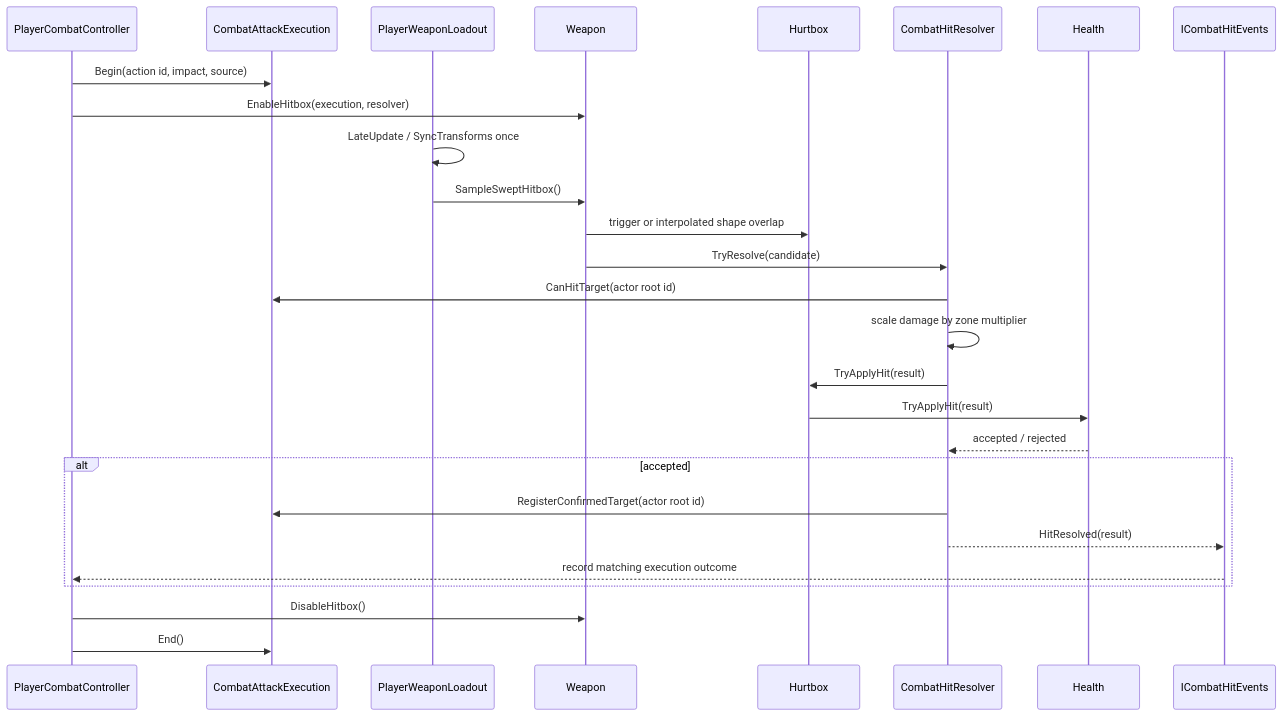
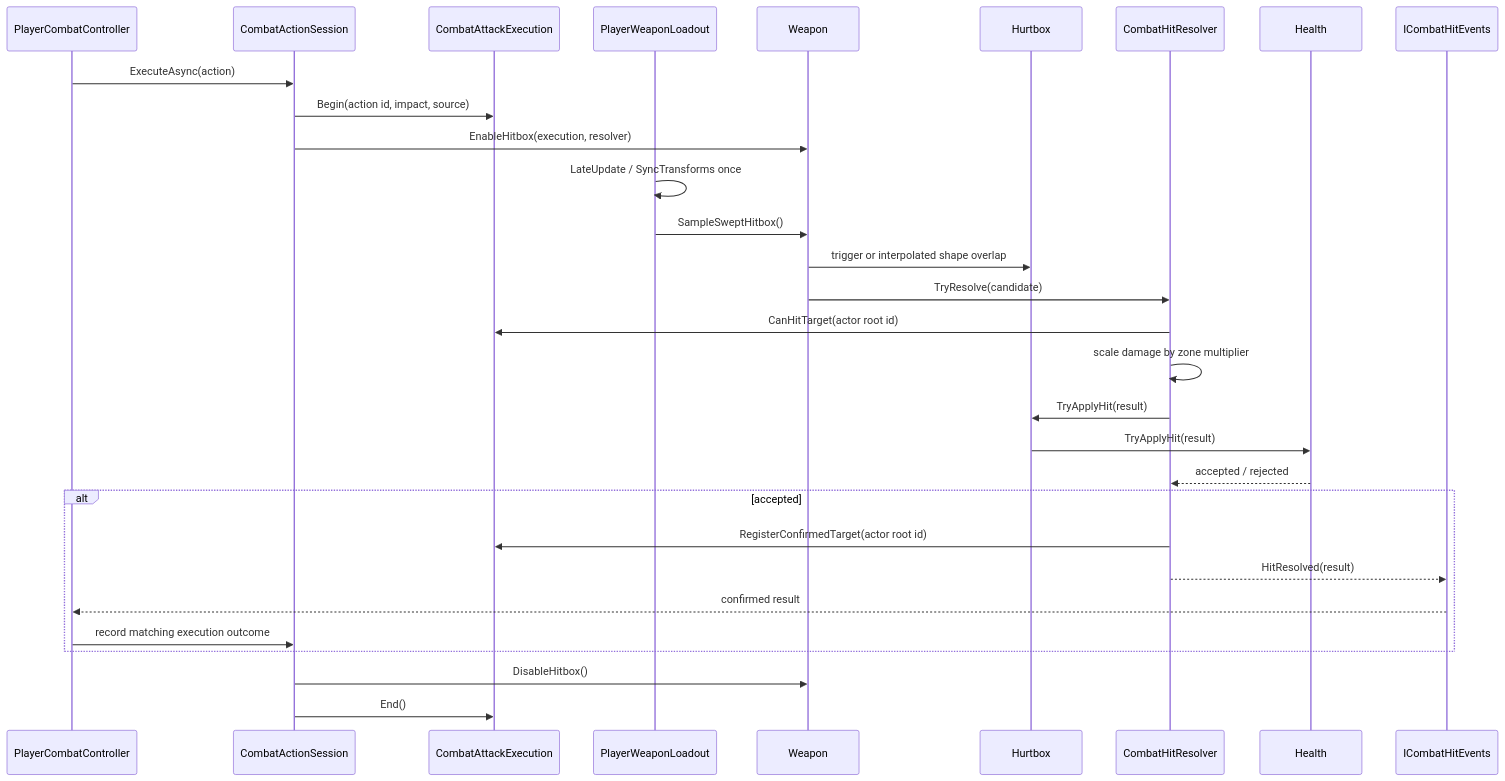
The second of 2 diagrams in Docs/Architecture/Combat.HitResolution.md (MaximFonariuc/project-s), drawn with Mermaid before and after one commit. The commit also changed other lines of this file and 12 other files, not shown here.

Commit message:
refactor(combat): own attack lifecycle in session

````diff
--- a/Docs/Architecture/Combat.HitResolution.md
+++ b/Docs/Architecture/Combat.HitResolution.md
@@ -128,30 +128,33 @@
 ```mermaid
 sequenceDiagram
     participant Combat as PlayerCombatController
+    participant Session as CombatActionSession
     participant Execution as CombatAttackExecution
     participant Loadout as PlayerWeaponLoadout
     participant Weapon
     participant Hurtbox
     participant Resolver as CombatHitResolver
     participant Health
     participant Events as ICombatHitEvents
 
-    Combat->>Execution: Begin(action id, impact, source)
-    Combat->>Weapon: EnableHitbox(execution, resolver)
+    Combat->>Session: ExecuteAsync(action)
+    Session->>Execution: Begin(action id, impact, source)
+    Session->>Weapon: EnableHitbox(execution, resolver)
     Loadout->>Loadout: LateUpdate / SyncTransforms once
     Loadout->>Weapon: SampleSweptHitbox()
     Weapon->>Hurtbox: trigger or interpolated shape overlap
     Weapon->>Resolver: TryResolve(candidate)
     Resolver->>Execution: CanHitTarget(actor root id)
     Resolver->>Resolver: scale damage by zone multiplier
     Resolver->>Hurtbox: TryApplyHit(result)
     Hurtbox->>Health: TryApplyHit(result)
     Health-->>Resolver: accepted / rejected
     alt accepted
         Resolver->>Execution: RegisterConfirmedTarget(actor root id)
         Resolver-->>Events: HitResolved(result)
-        Events-->>Combat: record matching execution outcome
+        Events-->>Combat: confirmed result
+        Combat->>Session: record matching execution outcome
     end
-    Combat->>Weapon: DisableHitbox()
-    Combat->>Execution: End()
+    Session->>Weapon: DisableHitbox()
+    Session->>Execution: End()
 ```
````
